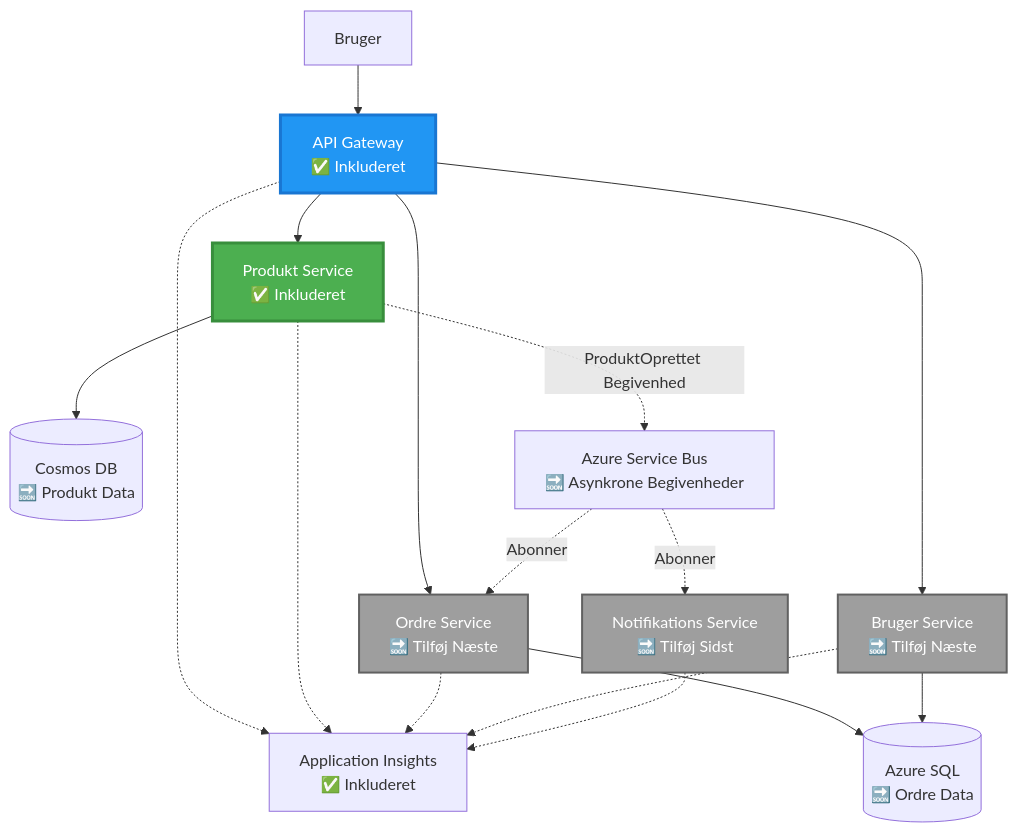
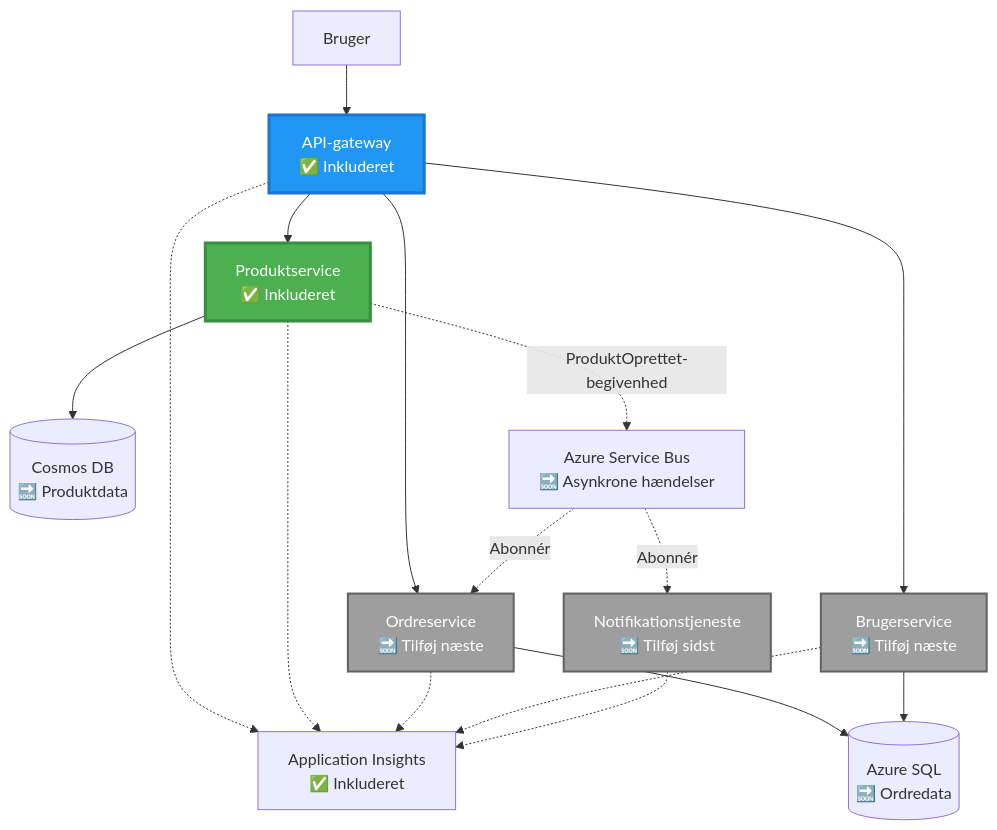
Before and after one commit to microsoft/AZD-for-beginners: the second of 4 diagrams in translations/da/examples/microservices/README.md, drawn with Mermaid. The commit also changed other lines of this file and 242 other files, not shown here.

````diff
--- a/translations/da/examples/microservices/README.md
+++ b/translations/da/examples/microservices/README.md
@@ -78,39 +69,39 @@
 ```mermaid
 graph TB
     User[Bruger]
-    Gateway[API Gateway<br/>✅ Inkluderet]
-    Product[Produkt Service<br/>✅ Inkluderet]
-    Order[Ordre Service<br/>🔜 Tilføj Næste]
-    UserSvc[Bruger Service<br/>🔜 Tilføj Næste]
-    Notify[Notifikations Service<br/>🔜 Tilføj Sidst]
+    Gateway[API-gateway<br/>✅ Inkluderet]
+    Product[Produktservice<br/>✅ Inkluderet]
+    Order[Ordreservice<br/>🔜 Tilføj næste]
+    UserSvc[Brugerservice<br/>🔜 Tilføj næste]
+    Notify[Notifikationstjeneste<br/>🔜 Tilføj sidst]
     
-    CosmosDB[(Cosmos DB<br/>🔜 Produkt Data)]
-    AzureSQL[(Azure SQL<br/>🔜 Ordre Data)]
-    ServiceBus[Azure Service Bus<br/>🔜 Asynkrone Begivenheder]
+    CosmosDB[(Cosmos DB<br/>🔜 Produktdata)]
+    AzureSQL[(Azure SQL<br/>🔜 Ordredata)]
+    ServiceBus[Azure Service Bus<br/>🔜 Asynkrone hændelser]
     AppInsights[Application Insights<br/>✅ Inkluderet]
     
     User --> Gateway
     Gateway --> Product
     Gateway --> Order
     Gateway --> UserSvc
     
     Product --> CosmosDB
     Order --> AzureSQL
     UserSvc --> AzureSQL
     
-    Product -.->|ProduktOprettet Begivenhed| ServiceBus
-    ServiceBus -.->|Abonner| Notify
-    ServiceBus -.->|Abonner| Order
+    Product -.->|ProduktOprettet-begivenhed| ServiceBus
+    ServiceBus -.->|Abonnér| Notify
+    ServiceBus -.->|Abonnér| Order
     
     Gateway -.-> AppInsights
     Product -.-> AppInsights
     Order -.-> AppInsights
     UserSvc -.-> AppInsights
     Notify -.-> AppInsights
     
     style Product fill:#4CAF50,stroke:#388E3C,stroke-width:3px,color:#fff
     style Gateway fill:#2196F3,stroke:#1976D2,stroke-width:3px,color:#fff
     style Order fill:#9E9E9E,stroke:#616161,stroke-width:2px,color:#fff
     style UserSvc fill:#9E9E9E,stroke:#616161,stroke-width:2px,color:#fff
     style Notify fill:#9E9E9E,stroke:#616161,stroke-width:2px,color:#fff
 ```
````
